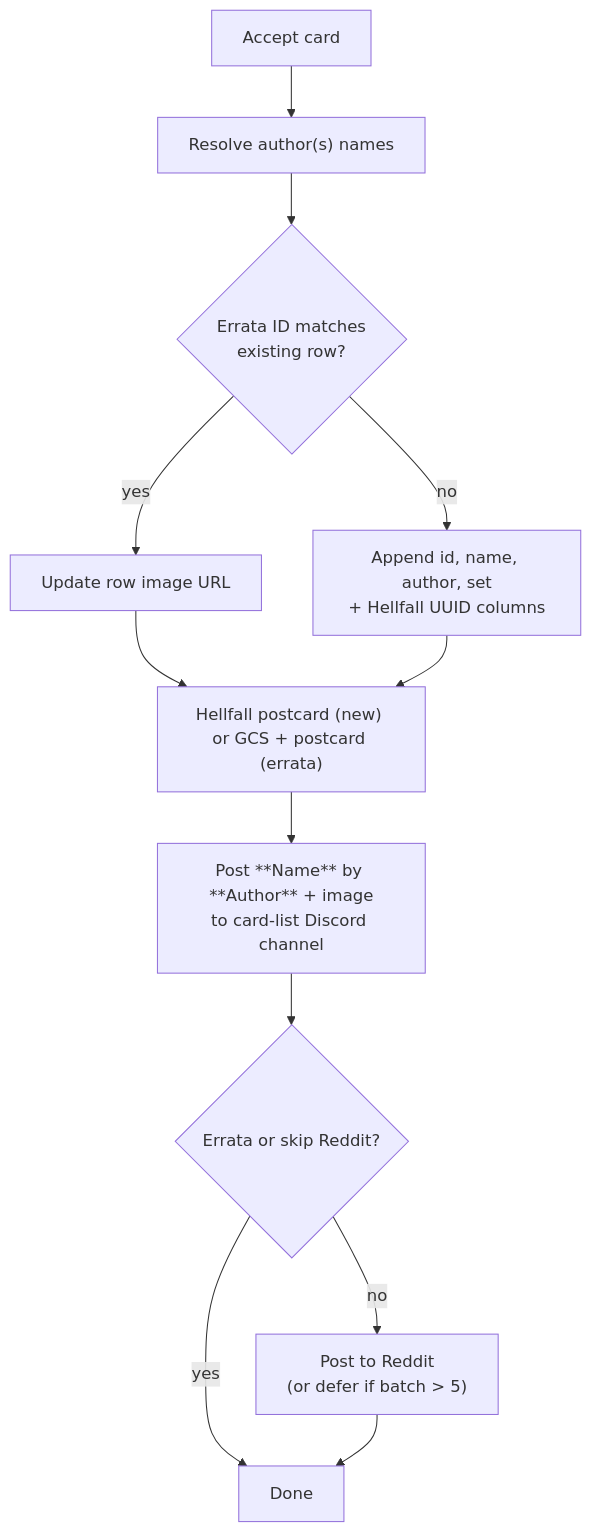
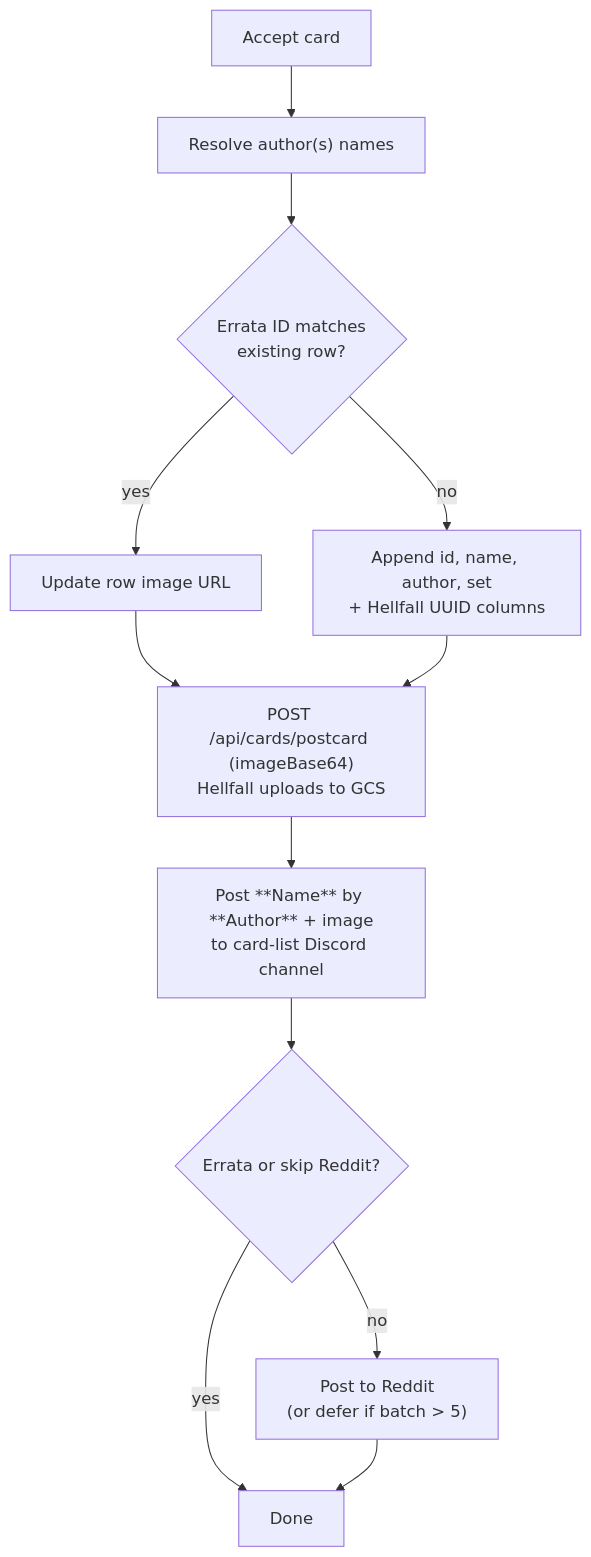
The first of 2 diagrams in docs/card-flows/acceptance.md (bones-bones/mork), drawn with Mermaid before and after one commit. The commit also changed other lines of this file and 6 other files, not shown here.

````diff
--- a/docs/card-flows/acceptance.md
+++ b/docs/card-flows/acceptance.md
@@ -9,16 +9,16 @@
 ```mermaid
 flowchart TD
   IN["Accept card"] --> RES["Resolve author(s) names"]
   RES --> ROW{"Errata ID matches<br/>existing row?"}
   ROW -->|yes| UPD["Update row image URL"]
   ROW -->|no| NEW["Append id, name, author, set<br/>+ Hellfall UUID columns"]
 
   UPD --> IMG
   NEW --> IMG
-  IMG["Hellfall postcard (new) or GCS + postcard (errata)"]
+  IMG["POST /api/cards/postcard (imageBase64)<br/>Hellfall uploads to GCS"]
   IMG --> CL["Post **Name** by **Author** + image<br/>to card-list Discord channel"]
   CL --> RD{"Errata or skip Reddit?"}
   RD -->|no| POST["Post to Reddit<br/>(or defer if batch > 5)"]
   RD -->|yes| DONE["Done"]
   POST --> DONE
 ```
````
